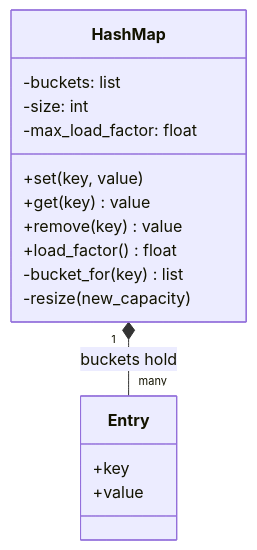
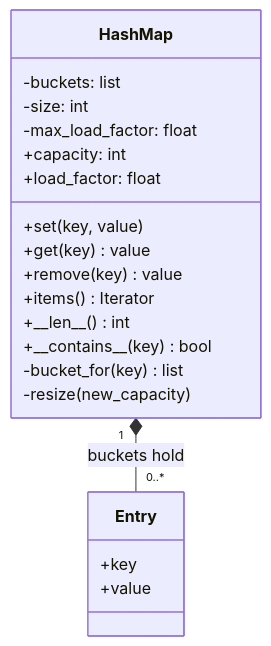
Before and after one commit to butyavk/system-design: the diagram in src/content/docs/ood/hash-map.mdx, drawn with Mermaid. The commit also changed other lines of this file and 144 other files, not shown here.

````diff
--- a/src/content/docs/ood/hash-map.mdx
+++ b/src/content/docs/ood/hash-map.mdx
@@ -33,19 +33,23 @@
 ```mermaid
 classDiagram
   class HashMap {
     -buckets: list
     -size: int
     -max_load_factor: float
+    +capacity: int
+    +load_factor: float
     +set(key, value)
     +get(key) value
     +remove(key) value
-    +load_factor() float
+    +items() Iterator
+    +\_\_len\_\_() int
+    +\_\_contains\_\_(key) bool
     -bucket_for(key) list
     -resize(new_capacity)
   }
   class Entry {
     +key
     +value
   }
-  HashMap "1" *-- "many" Entry : buckets hold
+  HashMap "1" *-- "0..*" Entry : buckets hold
 ```
````
